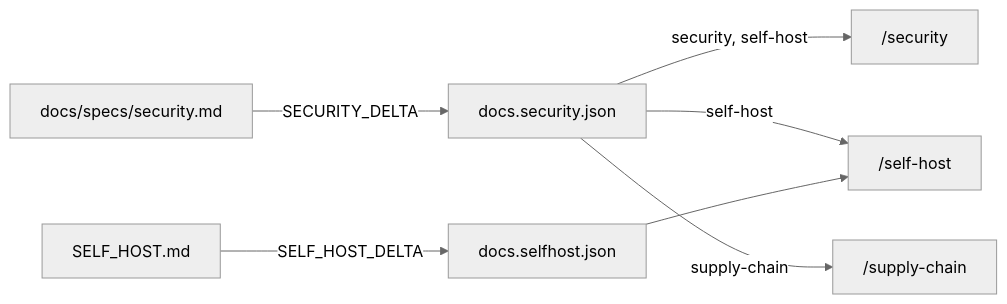
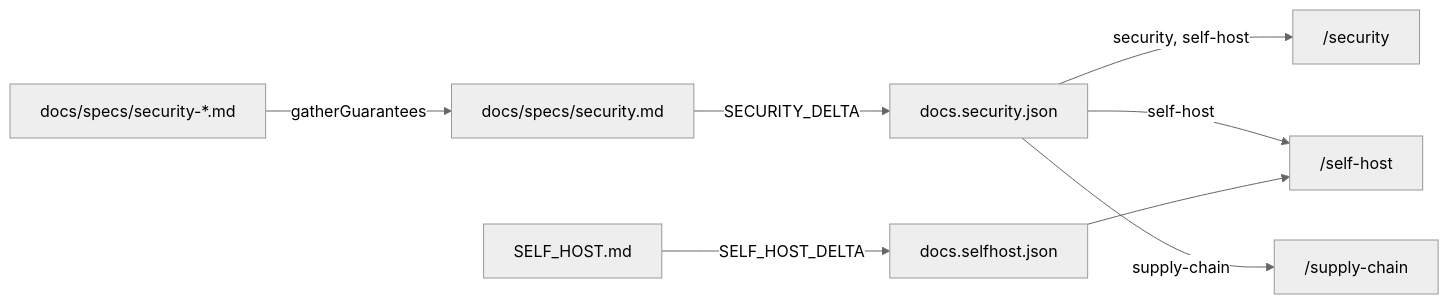
One commit to diffplug/dormouse changed the diagram in docs/specs/website-docs.md. Above: the diagram before and after it, drawn with Mermaid (neutral theme). The commit also changed other lines of this file and 13 other files, not shown here.

First line of the commit message:
State each guarantee beside the checks that hold it, and gather /security's table from them

````diff
--- a/docs/specs/website-docs.md
+++ b/docs/specs/website-docs.md
@@ -201,8 +203,9 @@
 ```mermaid
 flowchart LR
+  DS["docs/specs/security-*.md"] -->|gatherGuarantees| SEC
   SEC[docs/specs/security.md] -->|SECURITY_DELTA| J[docs.security.json]
   J -->|security, self-host| P1["/security"]
   J -->|self-host| P2["/self-host"]
   J -->|supply-chain| P3["/supply-chain"]
   SH[SELF_HOST.md] -->|SELF_HOST_DELTA| JS[docs.selfhost.json] --> P2
 ```
````
